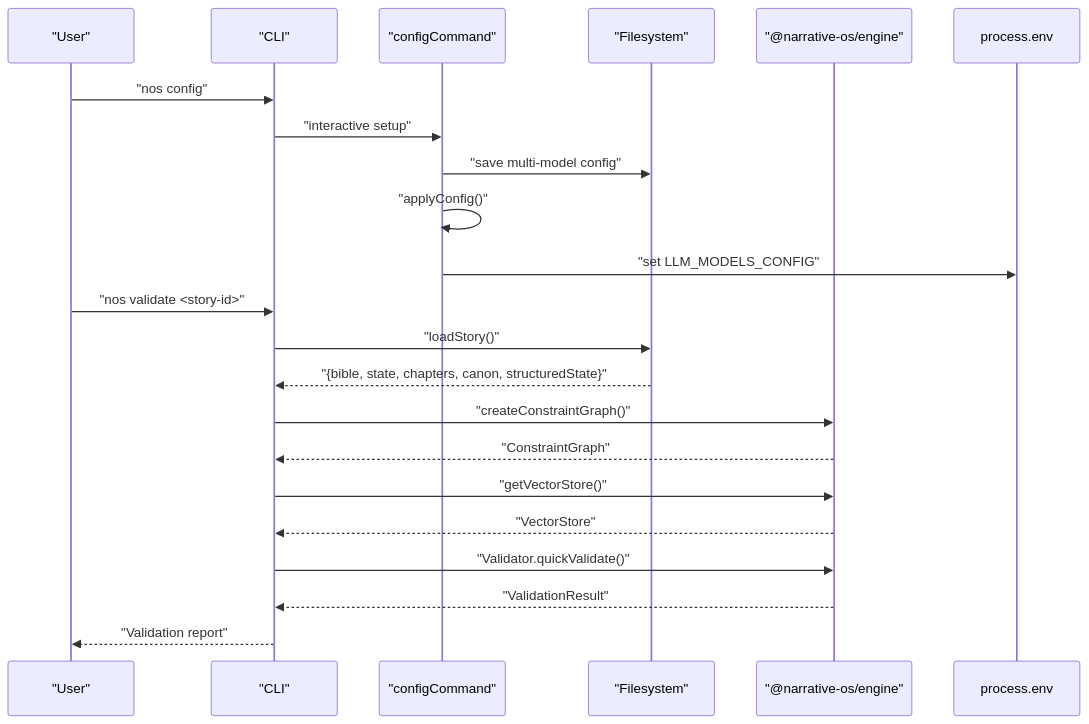
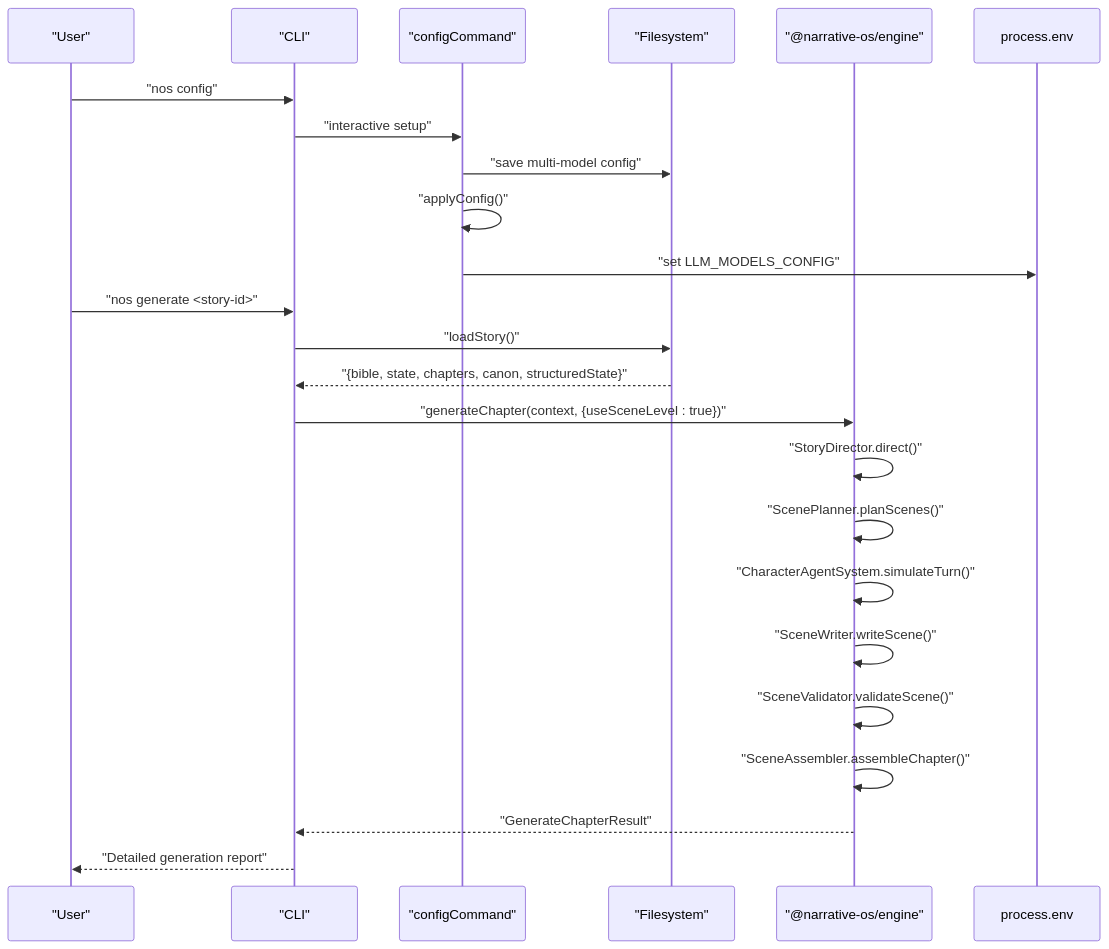
One commit to liwonder/NARRITIVE_OS changed the tenth of 11 diagrams in .qoder/repowiki/en/content/Engine Architecture/Engine Architecture.md. Above: the diagram before and after it, drawn with Mermaid. The commit also changed other lines of this file and 12 other files, not shown here.

````diff
--- a/.qoder/repowiki/en/content/Engine Architecture/Engine Architecture.md
+++ b/.qoder/repowiki/en/content/Engine Architecture/Engine Architecture.md
@@ -1069,23 +788,25 @@
 ```mermaid
 sequenceDiagram
 participant User as "User"
 participant CLI as "CLI"
 participant Config as "configCommand"
 participant FS as "Filesystem"
 participant Engine as "@narrative-os/engine"
 User->>CLI : "nos config"
 CLI->>Config : "interactive setup"
 Config->>FS : "save multi-model config"
 Config->>Config : "applyConfig()"
 Config->>process.env : "set LLM_MODELS_CONFIG"
-User->>CLI : "nos validate <story-id>"
+User->>CLI : "nos generate <story-id>"
 CLI->>FS : "loadStory()"
 FS-->>CLI : "{bible, state, chapters, canon, structuredState}"
-CLI->>Engine : "createConstraintGraph()"
-Engine-->>CLI : "ConstraintGraph"
-CLI->>Engine : "getVectorStore()"
-Engine-->>CLI : "VectorStore"
-CLI->>Engine : "Validator.quickValidate()"
-Engine-->>CLI : "ValidationResult"
-CLI-->>User : "Validation report"
+CLI->>Engine : "generateChapter(context, {useSceneLevel : true})"
+Engine->>Engine : "StoryDirector.direct()"
+Engine->>Engine : "ScenePlanner.planScenes()"
+Engine->>Engine : "CharacterAgentSystem.simulateTurn()"
+Engine->>Engine : "SceneWriter.writeScene()"
+Engine->>Engine : "SceneValidator.validateScene()"
+Engine->>Engine : "SceneAssembler.assembleChapter()"
+Engine-->>CLI : "GenerateChapterResult"
+CLI-->>User : "Detailed generation report"
 ```
````
